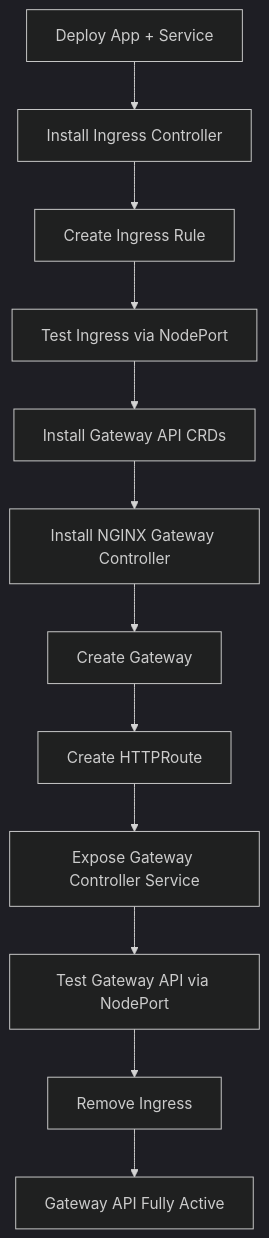
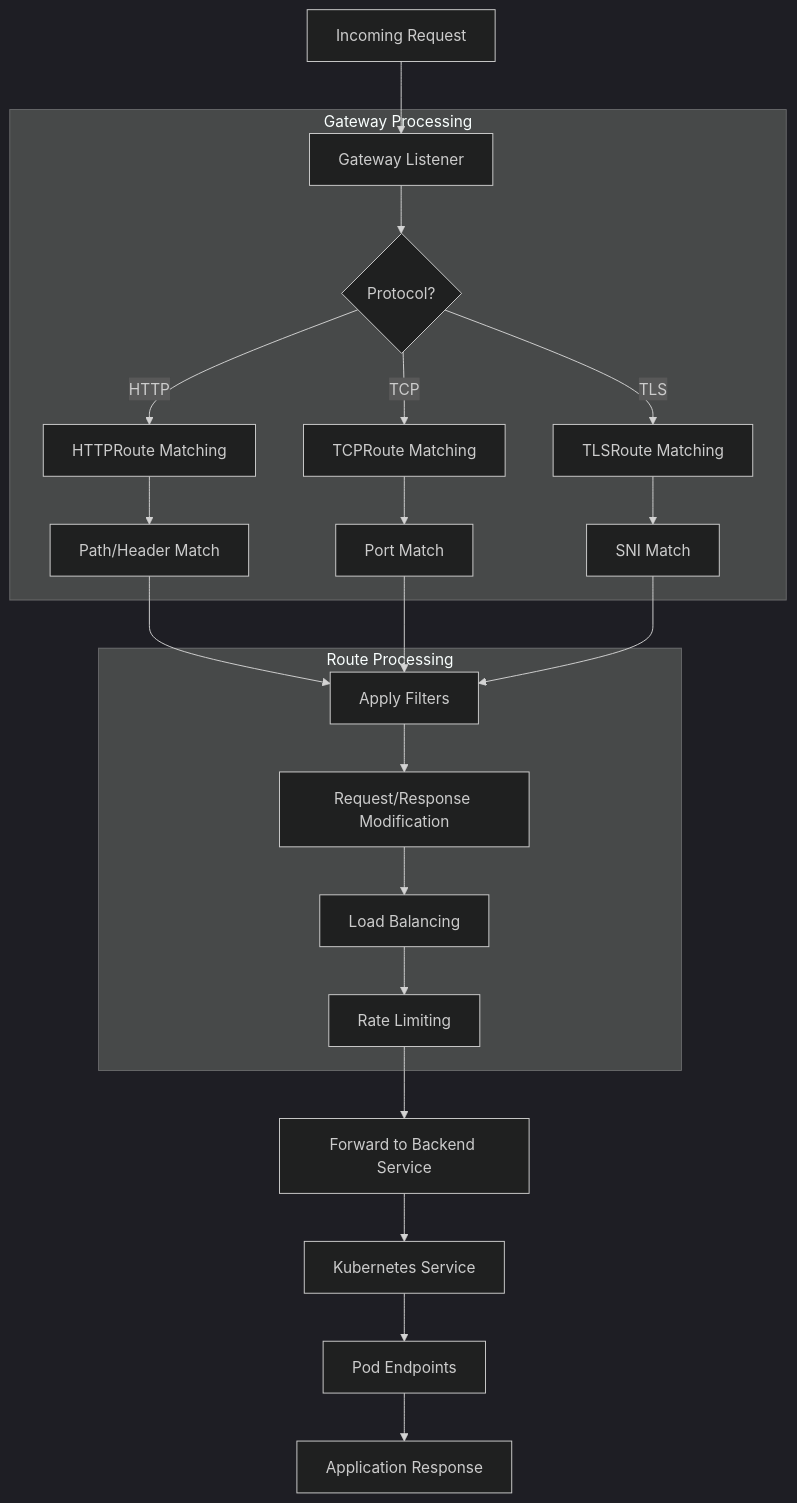
One commit to bharat-bhushan05/k8s-nginx-to-gateway-api-migration changed the ninth of 10 diagrams in README.md. Above: the diagram before and after it, drawn with Mermaid (dark theme). The commit also changed other lines of this file, not shown here.

````diff
--- a/README.md
+++ b/README.md
@@ -207,14 +483,30 @@
 ```mermaid
 flowchart TD
-    A[Deploy App + Service] --> B[Install Ingress Controller]
-    B --> C[Create Ingress Rule]
-    C --> D[Test Ingress via NodePort]
-    D --> E[Install Gateway API CRDs]
-    E --> F[Install NGINX Gateway Controller]
-    F --> G[Create Gateway]
-    G --> H[Create HTTPRoute]
-    H --> I[Expose Gateway Controller Service]
-    I --> J[Test Gateway API via NodePort]
-    J --> K[Remove Ingress]
-    K --> L[Gateway API Fully Active]
+    A[Incoming Request] --> B[Gateway Listener]
+    
+    subgraph "Gateway Processing"
+        B --> C{Protocol?}
+        C -->|HTTP| D[HTTPRoute Matching]
+        C -->|TCP| E[TCPRoute Matching]
+        C -->|TLS| F[TLSRoute Matching]
+        
+        D --> G[Path/Header Match]
+        E --> H[Port Match]
+        F --> I[SNI Match]
+    end
+    
+    subgraph "Route Processing"
+        G --> J[Apply Filters]
+        H --> J
+        I --> J
+        
+        J --> K[Request/Response Modification]
+        K --> L[Load Balancing]
+        L --> M[Rate Limiting]
+    end
+    
+    M --> N[Forward to Backend Service]
+    N --> O[Kubernetes Service]
+    O --> P[Pod Endpoints]
+    P --> Q[Application Response]
 ```
````
